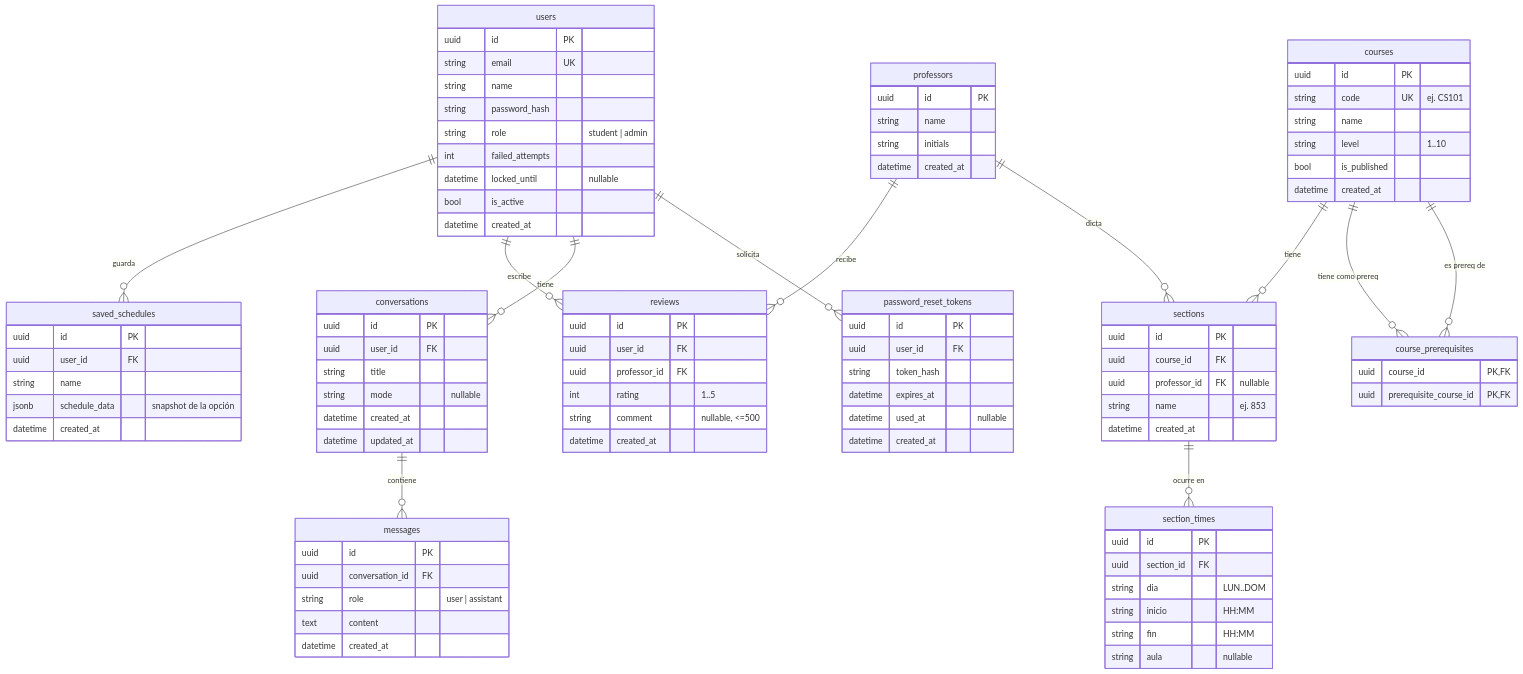
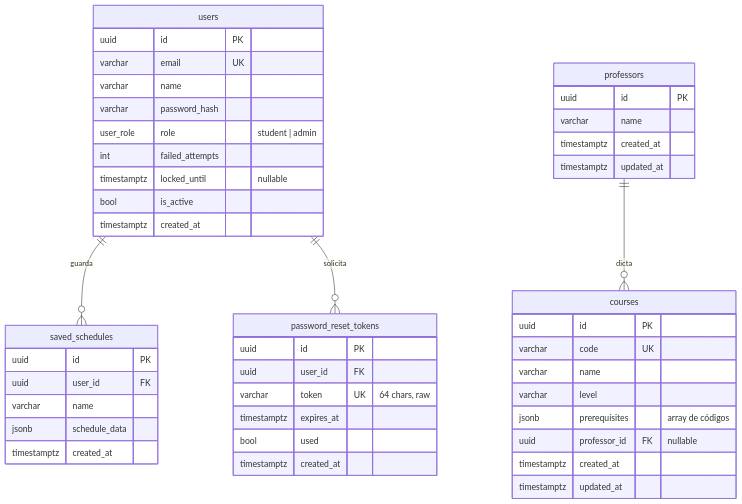
The diagram in docs/DATA_MODEL.md (CarlosEscobarArroyo/smartsched-ulima-web-agent-backend), drawn with Mermaid before and after one commit. The commit also changed other lines of this file and 34 other files, not shown here.

````diff
--- a/docs/DATA_MODEL.md
+++ b/docs/DATA_MODEL.md
@@ -28,96 +23,48 @@
 erDiagram
     users {
         uuid id PK
-        string email UK
-        string name
-        string password_hash
-        string role "student | admin"
+        varchar email UK
+        varchar name
+        varchar password_hash
+        user_role role "student | admin"
         int failed_attempts
-        datetime locked_until "nullable"
+        timestamptz locked_until "nullable"
         bool is_active
-        datetime created_at
+        timestamptz created_at
     }
     saved_schedules {
         uuid id PK
         uuid user_id FK
-        string name
-        jsonb schedule_data "snapshot de la opción"
-        datetime created_at
+        varchar name
+        jsonb schedule_data
+        timestamptz created_at
     }
     professors {
         uuid id PK
-        string name
-        string initials
-        datetime created_at
-    }
-    reviews {
-        uuid id PK
-        uuid user_id FK
-        uuid professor_id FK
-        int rating "1..5"
-        string comment "nullable, <=500"
-        datetime created_at
+        varchar name
+        timestamptz created_at
+        timestamptz updated_at
     }
     courses {
         uuid id PK
-        string code UK "ej. CS101"
-        string name
-        string level "1..10"
-        bool is_published
-        datetime created_at
-    }
-    sections {
-        uuid id PK
-        uuid course_id FK
+        varchar code UK
+        varchar name
+        varchar level
+        jsonb prerequisites "array de códigos"
         uuid professor_id FK "nullable"
-        string name "ej. 853"
-        datetime created_at
-    }
-    section_times {
-        uuid id PK
-        uuid section_id FK
-        string dia "LUN..DOM"
-        string inicio "HH:MM"
-        string fin "HH:MM"
-        string aula "nullable"
-    }
-    course_prerequisites {
-        uuid course_id PK,FK
-        uuid prerequisite_course_id PK,FK
-    }
-    conversations {
-        uuid id PK
-        uuid user_id FK
-        string title
-        string mode "nullable"
-        datetime created_at
-        datetime updated_at
-    }
-    messages {
-        uuid id PK
-        uuid conversation_id FK
-        string role "user | assistant"
-        text content
-        datetime created_at
+        timestamptz created_at
+        timestamptz updated_at
     }
     password_reset_tokens {
         uuid id PK
         uuid user_id FK
-        string token_hash
-        datetime expires_at
-        datetime used_at "nullable"
-        datetime created_at
+        varchar token UK "64 chars, raw"
+        timestamptz expires_at
+        bool used
+        timestamptz created_at
     }
 
     users ||--o{ saved_schedules : "guarda"
-    users ||--o{ reviews : "escribe"
-    users ||--o{ conversations : "tiene"
     users ||--o{ password_reset_tokens : "solicita"
-    professors ||--o{ reviews : "recibe"
-    professors ||--o{ sections : "dicta"
-    courses ||--o{ sections : "tiene"
-    sections ||--o{ section_times : "ocurre en"
-    courses ||--o{ course_prerequisites : "tiene como prereq"
-    courses ||--o{ course_prerequisites : "es prereq de"
-    conversations ||--o{ messages : "contiene"
+    professors ||--o{ courses : "dicta"
 ```
````
